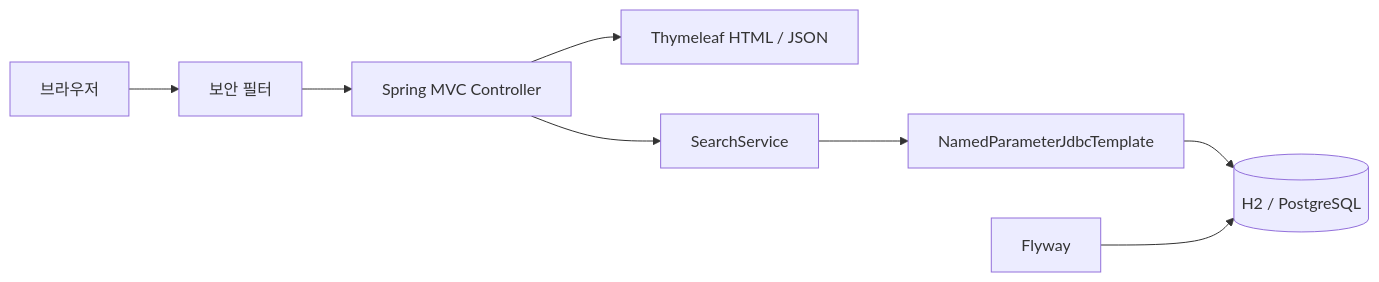
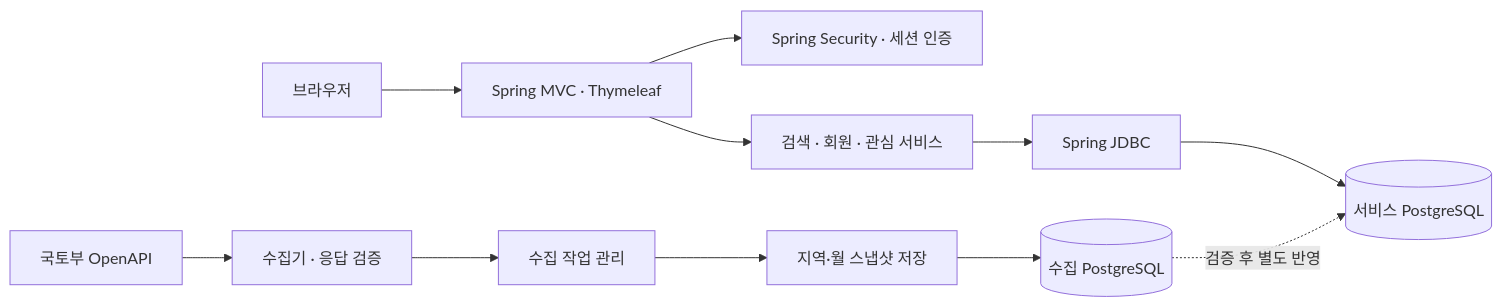
Before and after one commit to sign0329/house_finder: the diagram in README.md, drawn with Mermaid. The commit also changed other lines of this file and 2 other files, not shown here.

````diff
--- a/README.md
+++ b/README.md
@@ -75,10 +42,13 @@
 ```mermaid
 flowchart LR
-    B[브라우저] --> F[보안 필터]
-    F --> C[Spring MVC Controller]
-    C --> T[Thymeleaf HTML / JSON]
-    C --> S[SearchService]
-    S --> J[NamedParameterJdbcTemplate]
-    J --> D[(H2 / PostgreSQL)]
-    M[Flyway] --> D
+    U[브라우저] --> W[Spring MVC · Thymeleaf]
+    W --> A[Spring Security · 세션 인증]
+    W --> S[검색 · 회원 · 관심 서비스]
+    S --> J[Spring JDBC]
+    J --> DB[(서비스 PostgreSQL)]
+    API[국토부 OpenAPI] --> C[수집기 · 응답 검증]
+    C --> JOB[수집 작업 관리]
+    JOB --> STORE[지역·월 스냅샷 저장]
+    STORE --> COL[(수집 PostgreSQL)]
+    COL -. 검증 후 별도 반영 .-> DB
 ```
````
